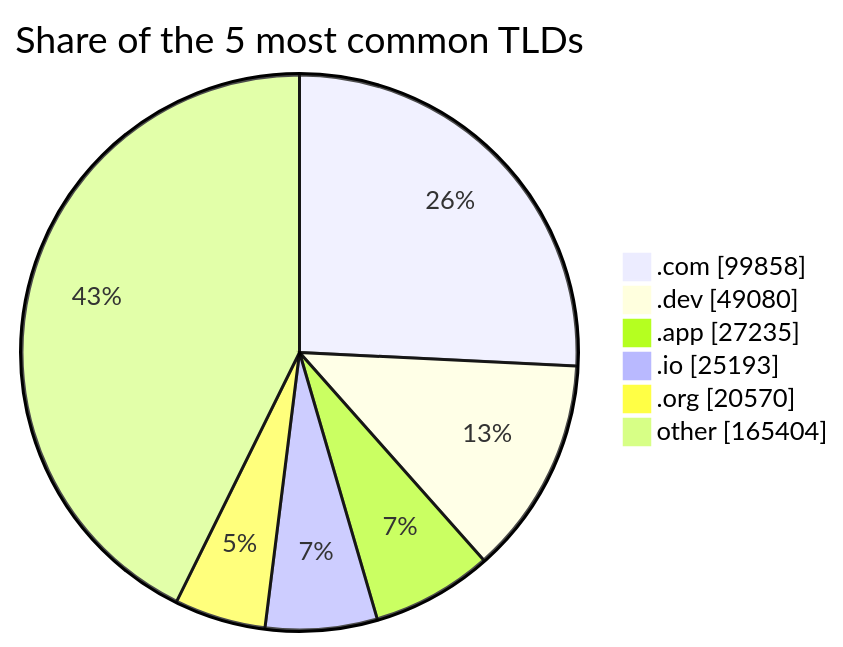
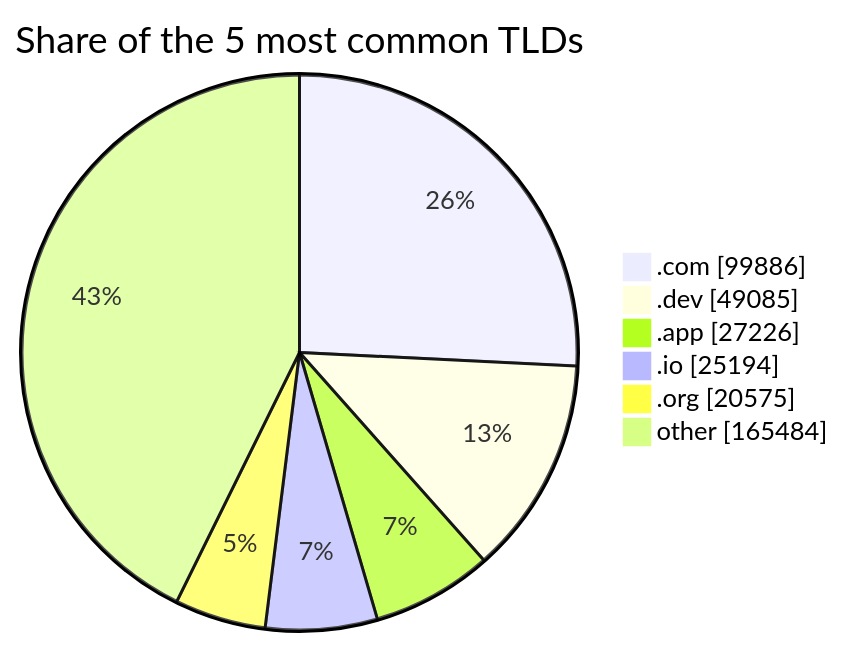
Before and after one commit to DNSBunker/CTI: the third of 3 diagrams in README.md, drawn with Mermaid. The commit also changed other lines of this file and 3 other files, not shown here.

````diff
--- a/README.md
+++ b/README.md
@@ -81,9 +81,9 @@
 ```mermaid
 pie showData title Share of the 5 most common TLDs
-    ".com" : 99858
-    ".dev" : 49080
-    ".app" : 27235
-    ".io" : 25193
-    ".org" : 20570
-    "other" : 165404
+    ".com" : 99886
+    ".dev" : 49085
+    ".app" : 27226
+    ".io" : 25194
+    ".org" : 20575
+    "other" : 165484
 ```
````
